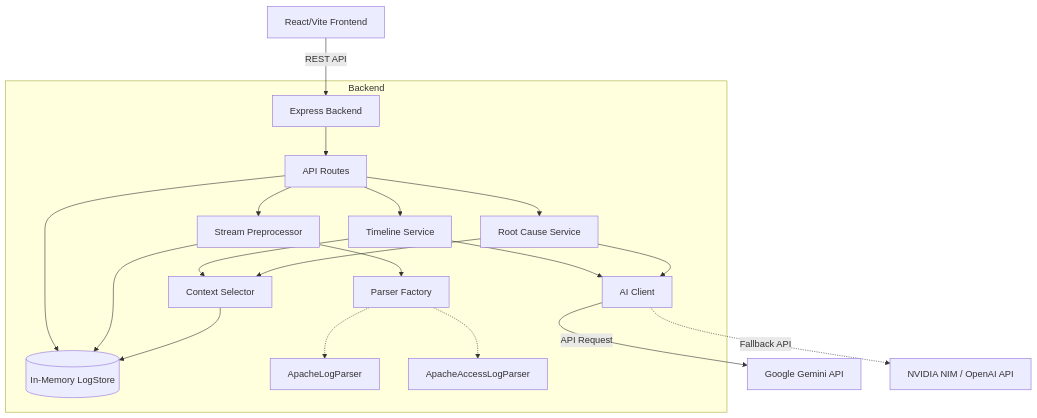
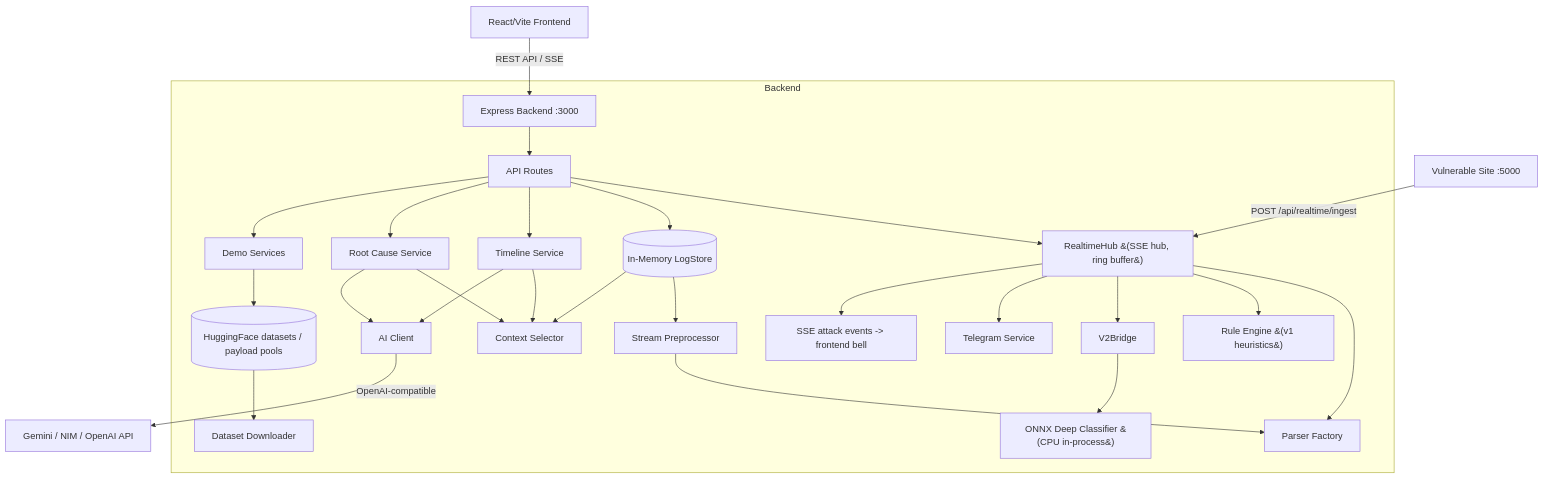
One commit to arnav-iwnl/AIzen changed the diagram in docs/architecture.md. Above: the diagram before and after it, drawn with Mermaid. The commit also changed other lines of this file and 4 other files, not shown here.

````diff
--- a/docs/architecture.md
+++ b/docs/architecture.md
@@ -7,28 +7,34 @@
 ```mermaid
 graph TD
-    Client[React/Vite Frontend] --> |REST API| Express[Express Backend]
-    
+    Vuln[Vulnerable Site :5000] -->|POST /api/realtime/ingest| RealHub[RealtimeHub]
+    Client[React/Vite Frontend] -->|REST API / SSE| Express[Express Backend :3000]
+
     subgraph Backend
-        Express --> Router[API Routes]
-        Router --> LogStore[(In-Memory LogStore)]
-        Router --> TimelineService[Timeline Service]
-        Router --> RootCauseService[Root Cause Service]
-        Router --> Preprocessor[Stream Preprocessor]
-        
-        Preprocessor --> ParserFactory[Parser Factory]
-        ParserFactory -.-> ApacheLogParser
-        ParserFactory -.-> ApacheAccessLogParser
-        Preprocessor --> LogStore
-        
-        TimelineService --> ContextSelector[Context Selector]
+        Express --> Routes[API Routes]
+        Routes --> RealHub[RealtimeHub &#40;SSE hub, ring buffer&#41;]
+        Routes --> LogStore[(In-Memory LogStore)]
+        Routes --> TimelineService[Timeline Service]
+        Routes --> RootCauseService[Root Cause Service]
+        Routes --> Demo[Demo Services]
+
+        RealHub --> Parsers[Parser Factory]
+        RealHub --> Rules[Rule Engine &#40;v1 heuristics&#41;]
+        RealHub --> V2[V2Bridge]
+        V2 --> ONNX[ONNX Deep Classifier &#40;CPU in-process&#41;]
+        RealHub --> Telegram[Telegram Service]
+        RealHub --> BellNotifications[SSE attack events -> frontend bell]
+
+        LogStore --> Preprocessor[Stream Preprocessor]
+        Preprocessor --> Parsers
+        LogStore --> ContextSelector[Context Selector]
+        TimelineService --> ContextSelector
         RootCauseService --> ContextSelector
-        
-        ContextSelector --> LogStore
-        
         TimelineService --> AIClient[AI Client]
         RootCauseService --> AIClient
+
+        Demo --> Datasets[(HuggingFace datasets / payload pools)]
+        Datasets --> DatasetDownloader[Dataset Downloader]
     end
-    
-    AIClient --> |API Request| LLM[Google Gemini API]
-    AIClient -.-> |Fallback API| NIM[NVIDIA NIM / OpenAI API]
+
+    AIClient -->|OpenAI-compatible| LLM[Gemini / NIM / OpenAI API]
 ```
````
